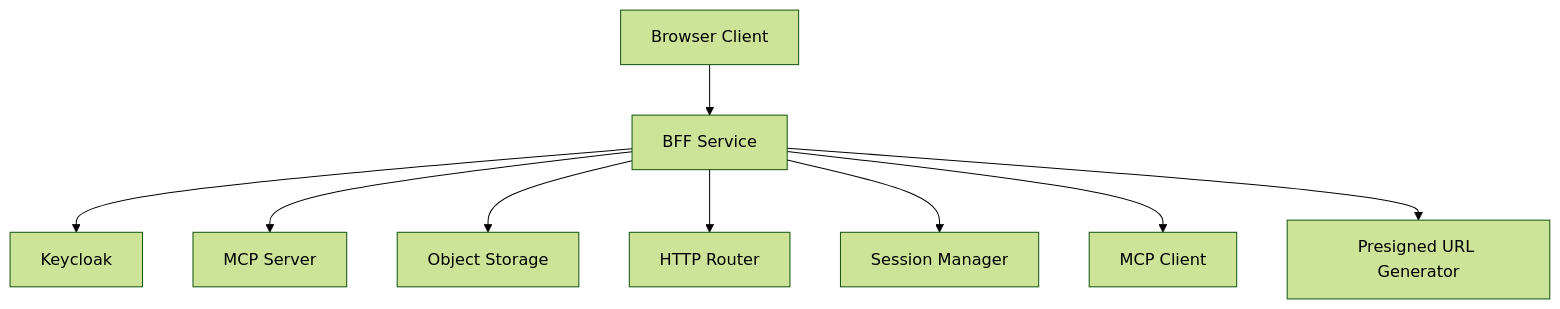
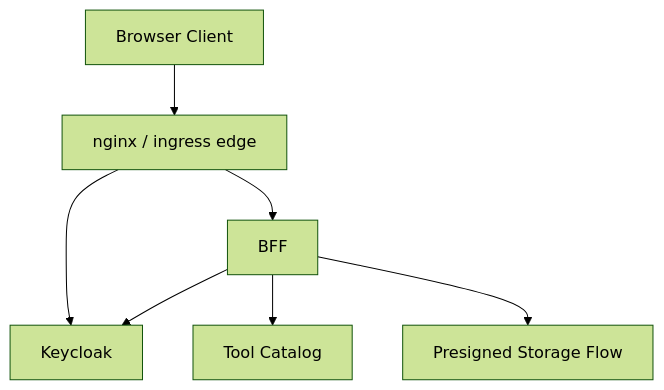
The diagram in documents/architecture/bff_architecture.md (Tuee22/studioMCP), drawn with Mermaid (forest theme) before and after one commit. The commit also changed other lines of this file and 43 other files, not shown here.

````diff
--- a/documents/architecture/bff_architecture.md
+++ b/documents/architecture/bff_architecture.md
@@ -27,11 +35,9 @@
 ```mermaid
 flowchart TB
-    Browser[Browser Client] --> BFFService[BFF Service]
-    BFFService --> Keycloak[Keycloak]
-    BFFService --> MCP[MCP Server]
-    BFFService --> Storage[Object Storage]
-    BFFService --> Router[HTTP Router]
-    BFFService --> SessionMgr[Session Manager]
-    BFFService --> McpClient[MCP Client]
-    BFFService --> Presigner[Presigned URL Generator]
+  Browser[Browser Client] --> Edge[nginx / ingress edge]
+  Edge --> BFF[BFF]
+  Edge --> Keycloak[Keycloak]
+  BFF --> Keycloak
+  BFF --> Tools[Tool Catalog]
+  BFF --> Storage[Presigned Storage Flow]
 ```
````
